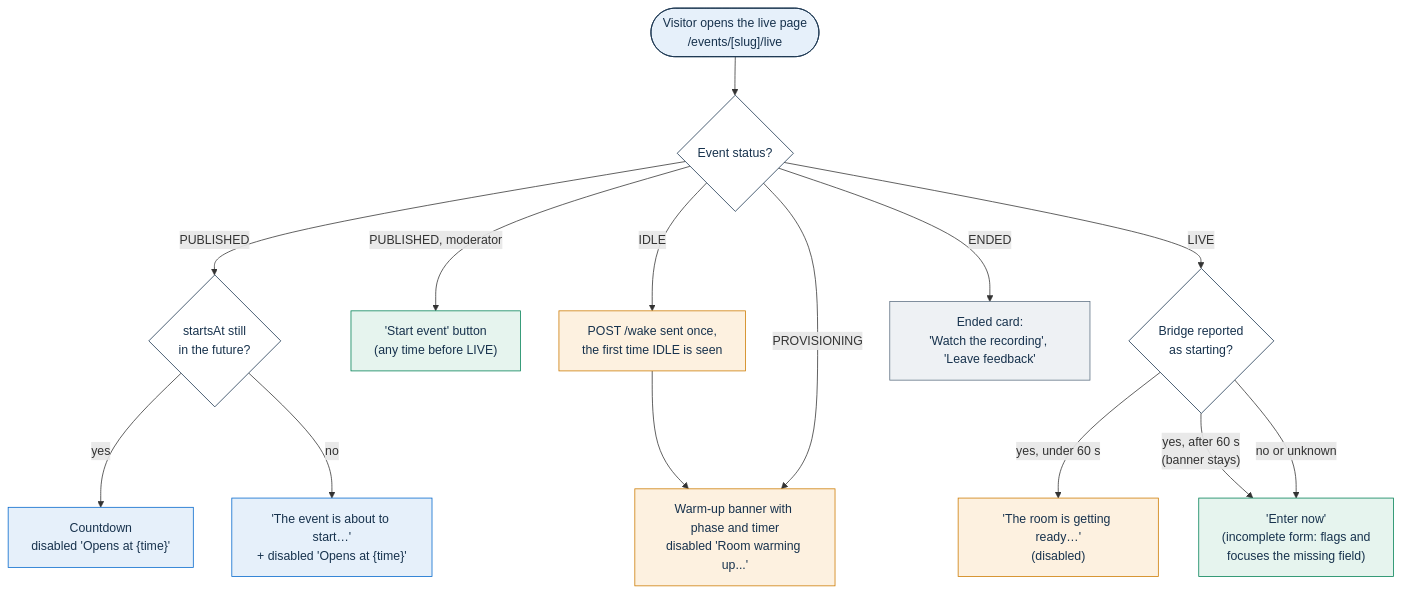
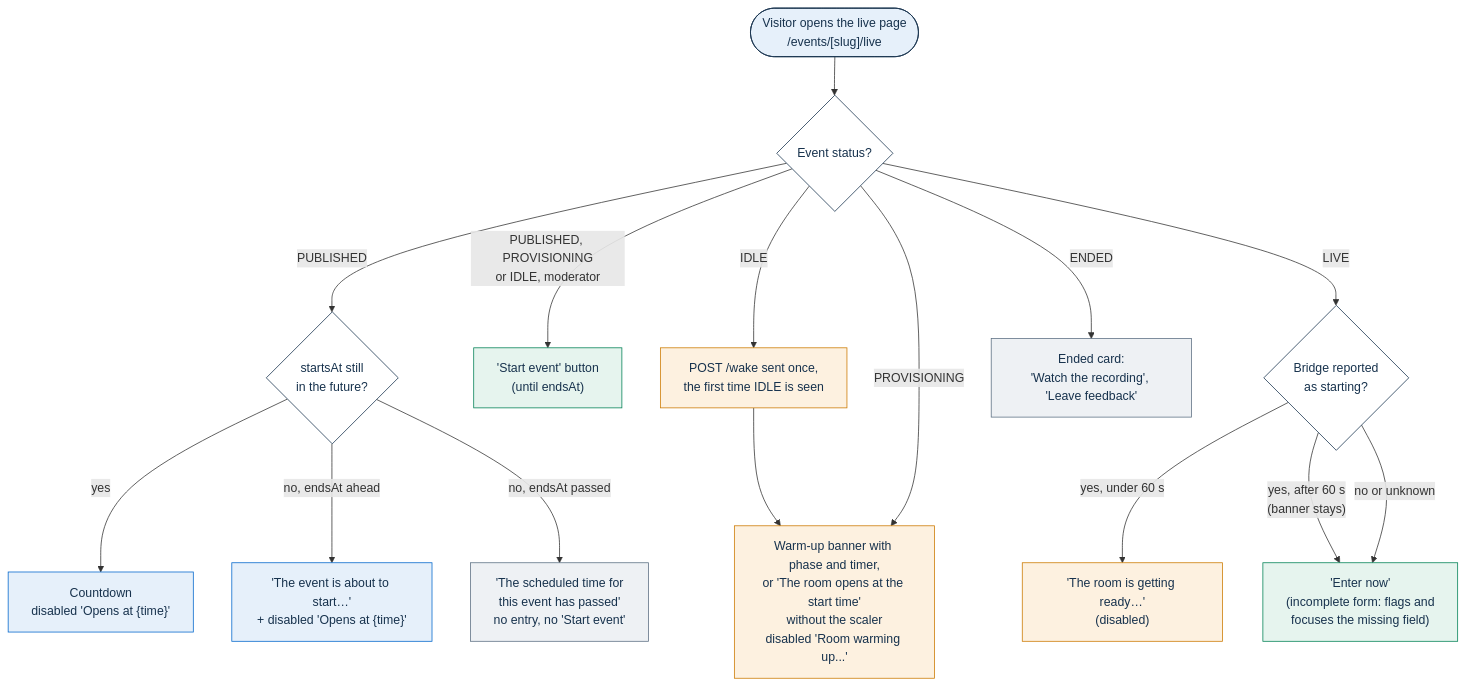
One commit to italia/pa-webinar changed the first of 4 diagrams in docs/architecture/waiting-room.md. Above: the diagram before and after it, drawn with Mermaid. The commit also changed other lines of this file and 45 other files, not shown here.

````diff
--- a/docs/architecture/waiting-room.md
+++ b/docs/architecture/waiting-room.md
@@ -49,34 +51,35 @@
 ```mermaid
 flowchart TD
     ARRIVE(["Visitor opens the live page<br/>/events/[slug]/live"]) --> STATUS{"Event status?"}
 
     STATUS -->|PUBLISHED| TIME{"startsAt still<br/>in the future?"}
     TIME -->|yes| COUNTDOWN["Countdown<br/>disabled 'Opens at {time}'"]
-    TIME -->|no| SOON["'The event is about to start…'<br/>+ disabled 'Opens at {time}'"]
-    STATUS -->|PUBLISHED, moderator| START["'Start event' button<br/>(any time before LIVE)"]
+    TIME -->|"no, endsAt ahead"| SOON["'The event is about to start…'<br/>+ disabled 'Opens at {time}'"]
+    TIME -->|"no, endsAt passed"| NOTHELD["'The scheduled time for<br/>this event has passed'<br/>no entry, no 'Start event'"]
+    STATUS -->|"PUBLISHED, PROVISIONING<br/>or IDLE, moderator"| START["'Start event' button<br/>(until endsAt)"]
 
     STATUS -->|IDLE| WAKE["POST /wake sent once,<br/>the first time IDLE is seen"]
     WAKE --> WARM
-    STATUS -->|PROVISIONING| WARM["Warm-up banner with phase and timer<br/>disabled 'Room warming up...'"]
+    STATUS -->|PROVISIONING| WARM["Warm-up banner with phase and timer,<br/>or 'The room opens at the start time'<br/>without the scaler<br/>disabled 'Room warming up...'"]
 
     STATUS -->|LIVE| BRIDGE{"Bridge reported<br/>as starting?"}
     BRIDGE -->|yes, under 60 s| PREP["'The room is getting ready…'<br/>(disabled)"]
     BRIDGE -->|"yes, after 60 s<br/>(banner stays)"| ENTER
     BRIDGE -->|no or unknown| ENTER["'Enter now'<br/>(incomplete form: flags and<br/>focuses the missing field)"]
 
     STATUS -->|ENDED| ENDED["Ended card:<br/>'Watch the recording', 'Leave feedback'"]
 
     classDef entry fill:#E6F0FA,stroke:#17324D,color:#17324D
     classDef decision fill:#FFFFFF,stroke:#17324D,color:#17324D
     classDef wait fill:#E6F0FA,stroke:#0066CC,color:#17324D
     classDef prep fill:#FDF1E0,stroke:#CC7A00,color:#17324D
     classDef go fill:#E6F4EE,stroke:#008055,color:#17324D
     classDef done fill:#EEF1F4,stroke:#5C6F82,color:#17324D
 
     class ARRIVE entry
     class STATUS,TIME,BRIDGE decision
     class COUNTDOWN,SOON wait
     class WAKE,WARM,PREP prep
     class START,ENTER go
-    class ENDED done
+    class ENDED,NOTHELD done
 ```
````
